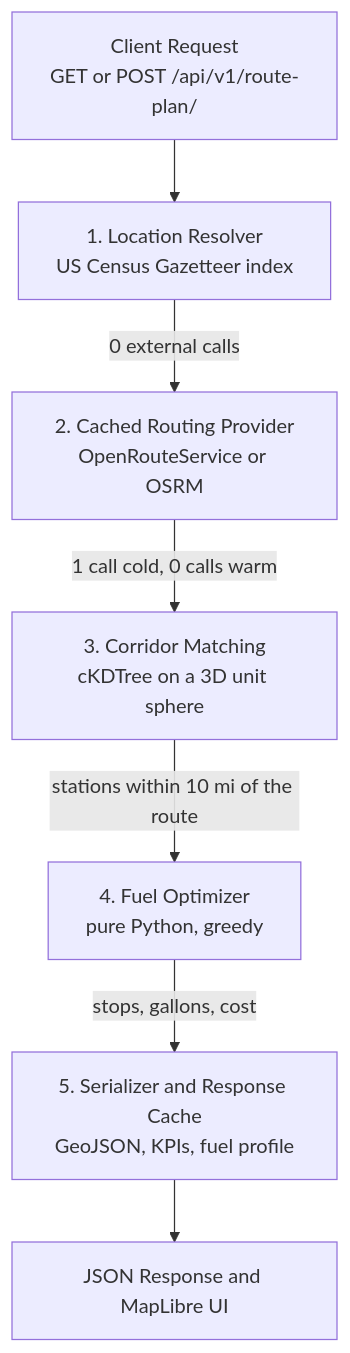
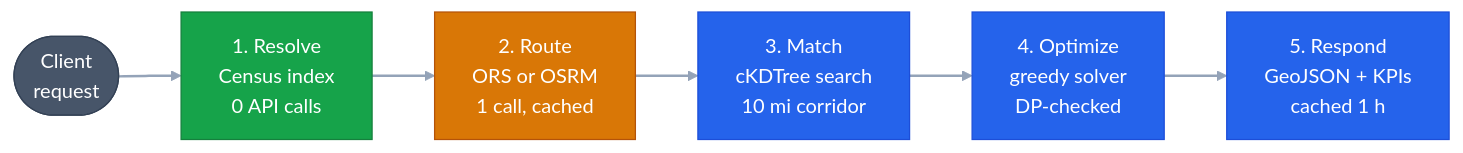
Before and after one commit to sujalmeena7/spotter-fuel-route-planner: the diagram in README.md, drawn with Mermaid. The commit also changed other lines of this file, not shown here.

Commit message:
docs: redesign architecture diagram as a compact color-coded pipeline

````diff
--- a/README.md
+++ b/README.md
@@ -65,9 +65,18 @@
 ```mermaid
-flowchart TD
-    A["Client Request<br/>GET or POST /api/v1/route-plan/"] --> B["1. Location Resolver<br/>US Census Gazetteer index"]
-    B -->|"0 external calls"| C["2. Cached Routing Provider<br/>OpenRouteService or OSRM"]
-    C -->|"1 call cold, 0 calls warm"| D["3. Corridor Matching<br/>cKDTree on a 3D unit sphere"]
-    D -->|"stations within 10 mi of the route"| E["4. Fuel Optimizer<br/>pure Python, greedy"]
-    E -->|"stops, gallons, cost"| F["5. Serializer and Response Cache<br/>GeoJSON, KPIs, fuel profile"]
-    F --> G["JSON Response and MapLibre UI"]
+flowchart LR
+    A(["Client<br/>request"]) --> B["1. Resolve<br/>Census index<br/>0 API calls"]
+    B --> C["2. Route<br/>ORS or OSRM<br/>1 call, cached"]
+    C --> D["3. Match<br/>cKDTree search<br/>10 mi corridor"]
+    D --> E["4. Optimize<br/>greedy solver<br/>DP-checked"]
+    E --> F["5. Respond<br/>GeoJSON + KPIs<br/>cached 1 h"]
+
+    classDef client fill:#475569,stroke:#334155,color:#fff
+    classDef offline fill:#16a34a,stroke:#15803d,color:#fff
+    classDef network fill:#d97706,stroke:#b45309,color:#fff
+    classDef compute fill:#2563eb,stroke:#1d4ed8,color:#fff
+    class A client
+    class B offline
+    class C network
+    class D,E,F compute
+    linkStyle default stroke:#94a3b8,stroke-width:2px
 ```
````
